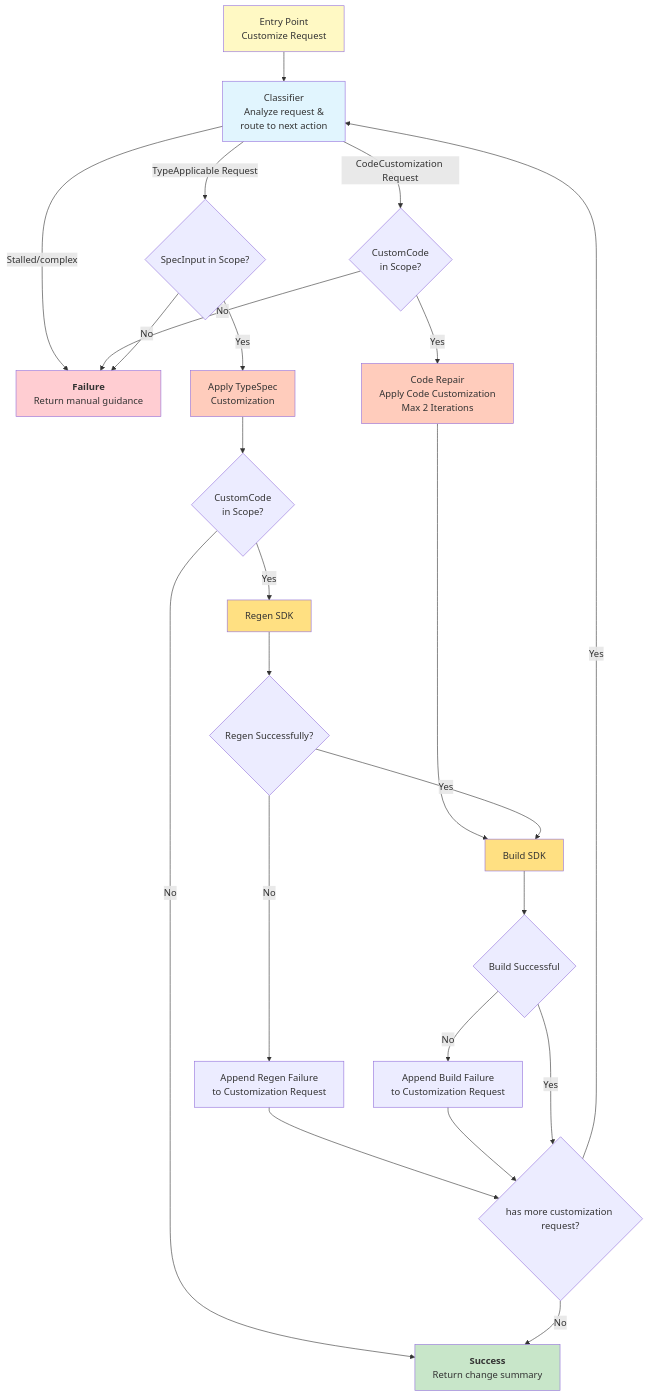
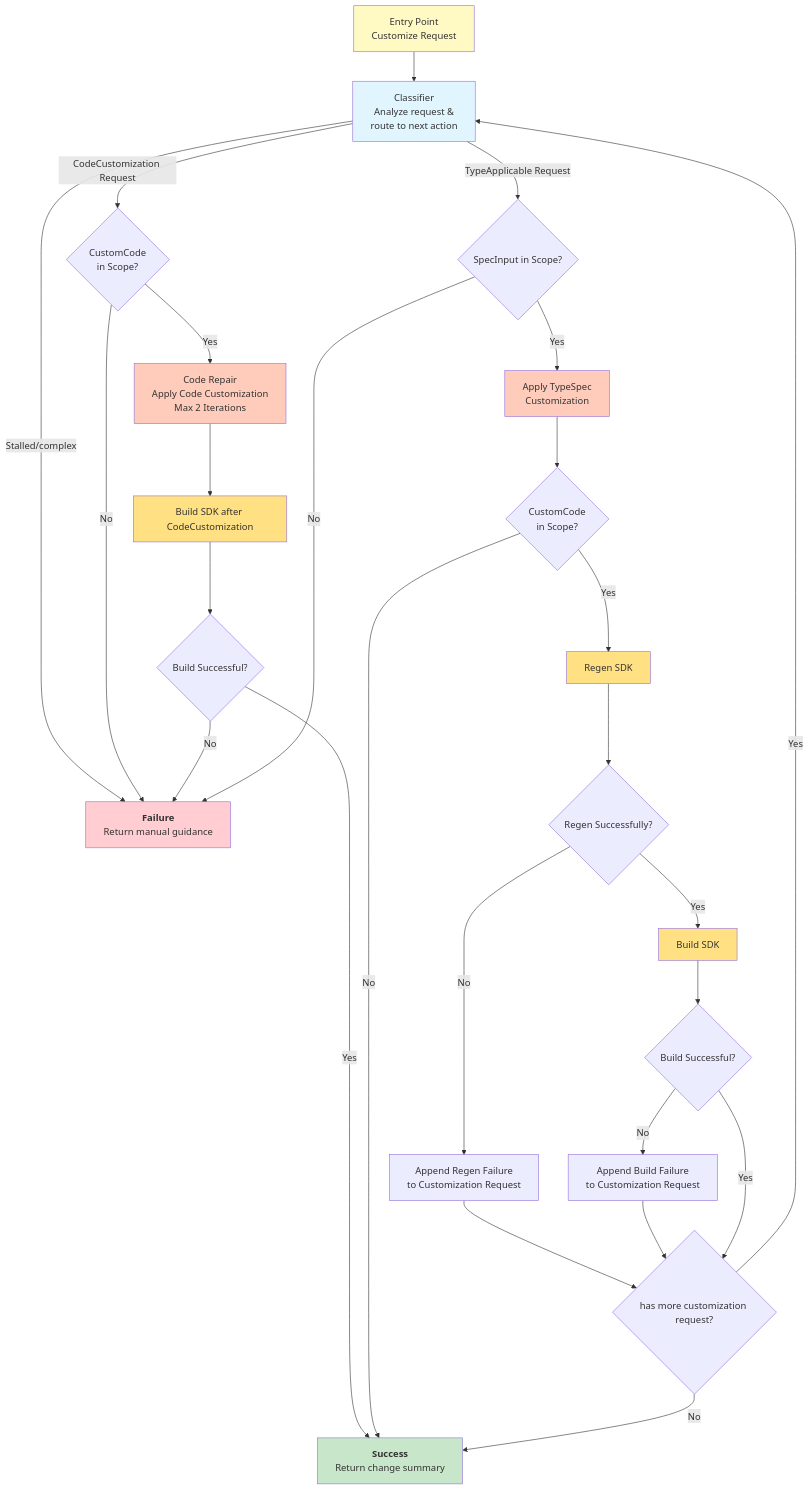
The diagram in tools/azsdk-cli/docs/specs/3-customizing-client-tsp.spec.md (Azure/azure-sdk-tools), drawn with Mermaid before and after one commit.

Commit message:
refine the spec

````diff
--- a/tools/azsdk-cli/docs/specs/3-customizing-client-tsp.spec.md
+++ b/tools/azsdk-cli/docs/specs/3-customizing-client-tsp.spec.md
@@ -190,44 +190,48 @@
 ```mermaid
 flowchart TD
 
 Entry["Entry Point<br/>Customize Request"] --> Classify["Classifier<br/>Analyze request &<br/>route to next action"]
 
 Classify -- Stalled/complex --> Failure
 Classify -- TypeApplicable Request --> SpecInputInScope{SpecInput in Scope?}
 Classify -- CodeCustomization Request --> CustomCodeInScope
 CustomCodeInScope --Yes --> CodeCustomization["Code Repair<br/>Apply Code Customization</br>Max 2 Iterations"]
 CustomCodeInScope --No --> Failure
 
-CodeCustomization --> Build
+CodeCustomization --> BuildAfterCodeCustomization[Build SDK after CodeCustomization]
+BuildAfterCodeCustomization --> BuildAfterCodeCustomizationOK{Build Successful?}
+BuildAfterCodeCustomizationOK -- No --> Failure
+BuildAfterCodeCustomizationOK -- Yes --> Success
 SpecInputInScope -- No --> Failure
 SpecInputInScope -- Yes --> ApplyTypespecCustomization["Apply TypeSpec<br/>Customization"]
 ApplyTypespecCustomization --> CustomCodeInScopeForSpec
 CustomCodeInScopeForSpec -- No --> Success
 CustomCodeInScopeForSpec -- Yes --> Regen[Regen SDK]
 Regen --> RegenOK{Regen Successfully?}
 RegenOK -- Yes --> Build[Build SDK]
 RegenOK -- No --> AppendRegenFailure["Append Regen Failure<br/>to Customization Request"]
 AppendRegenFailure --> M{has more customization request?}
-Build --> BuildOK{Build Successful}
+Build --> BuildOK{Build Successful?}
 BuildOK -- No --> AppendBuildFailure["Append Build Failure<br/>to Customization Request"]
 AppendBuildFailure --> M
 BuildOK -- Yes --> M
 M -- No --> Success
 M -- Yes --> Classify
 
 
 Success[<b>Success</b><br/>Return change summary]
 Failure[<b>Failure</b><br/>Return manual guidance]
 CustomCodeInScope{CustomCode<br/>in Scope?}
 CustomCodeInScopeForSpec{CustomCode<br/>in Scope?}
 
 style Entry fill:#fff9c4
 style Classify fill:#e1f5fe
 style Success fill:#c8e6c9
 style Failure fill:#ffcdd2
 style CodeCustomization fill:#ffccbc
 style ApplyTypespecCustomization fill:#ffccbc
 style Regen fill:#ffe082
 style Build fill:#ffe082
+style BuildAfterCodeCustomization fill:#ffe082
 
 ```
````
